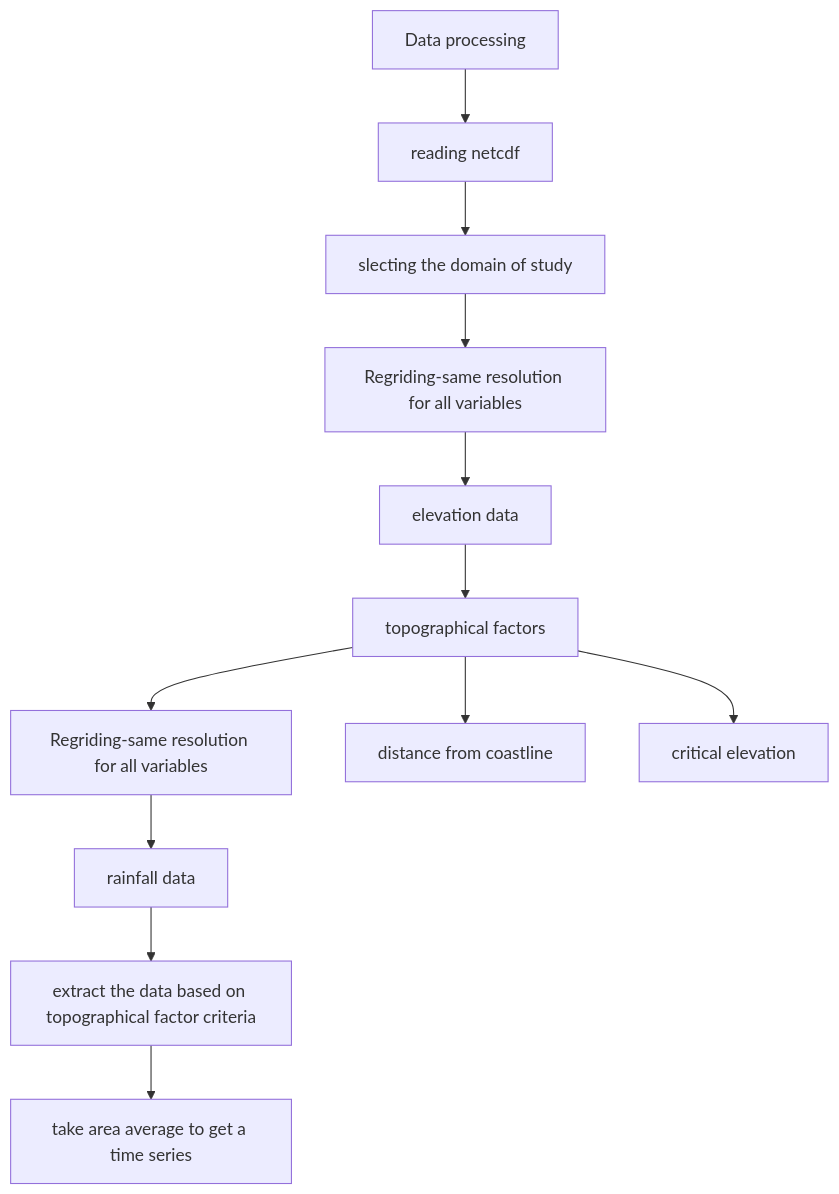
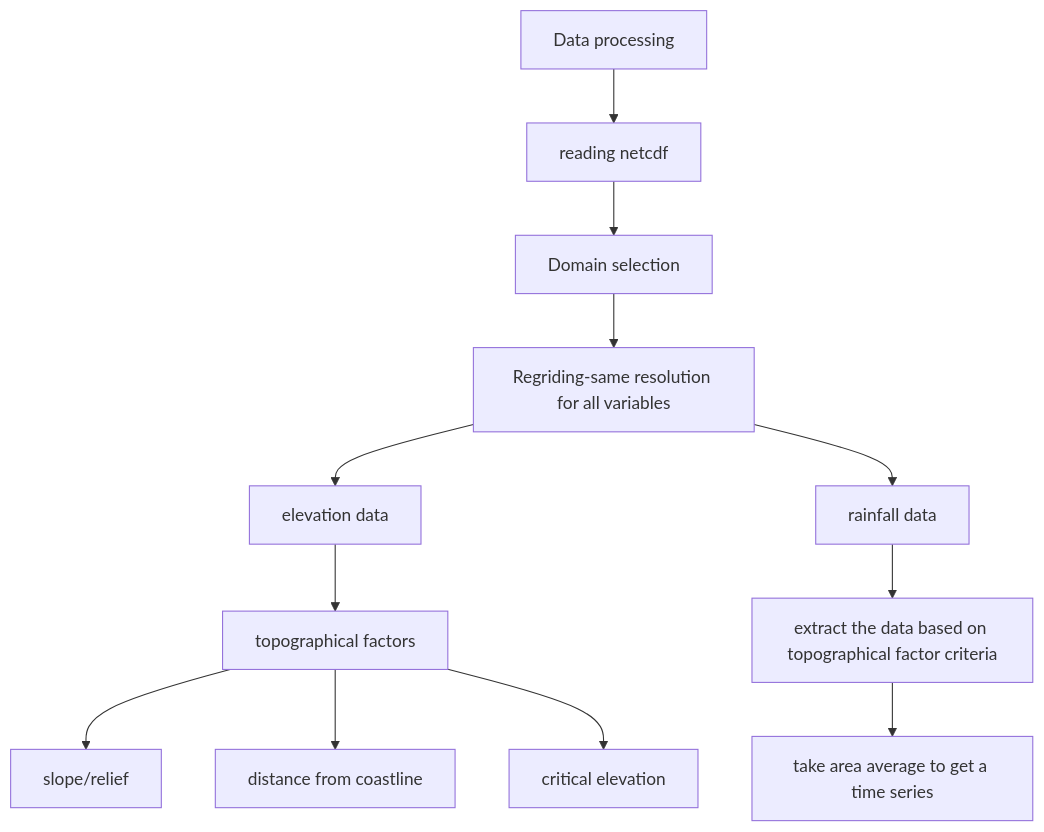
One commit to sputhiyamadam/PYRATES_workshop changed the second of 2 diagrams in README.md. Above: the diagram before and after it, drawn with Mermaid. The commit also changed 1 other file, not shown here.

````diff
--- a/README.md
+++ b/README.md
@@ -57,10 +57,10 @@
 ```mermaid
 graph TD;
-    id1[Data processing]-->id2[reading netcdf]--> id3[slecting the domain of study]--> id4[Regriding-same resolution for all variables]; 
+    id1[Data processing]-->id2[reading netcdf]--> id3[Domain selection]--> id4[Regriding-same resolution for all variables]; 
     id4[Regriding-same resolution for all variables]-->id5[elevation data]-->id6[topographical factors];
     id6[topographical factors]-->id7[slope/relief];
     id6[topographical factors]-->id8[distance from coastline];
     id6[topographical factors]-->id9[critical elevation];  
     
-    id7[Regriding-same resolution for all variables]-->id10[rainfall data]-->id11[extract the data based on topographical factor criteria]-->id12[take area average to get a time series]
+    id4[Regriding-same resolution for all variables]-->id10[rainfall data]-->id11[extract the data based on topographical factor criteria]-->id12[take area average to get a time series]
 ```
````
